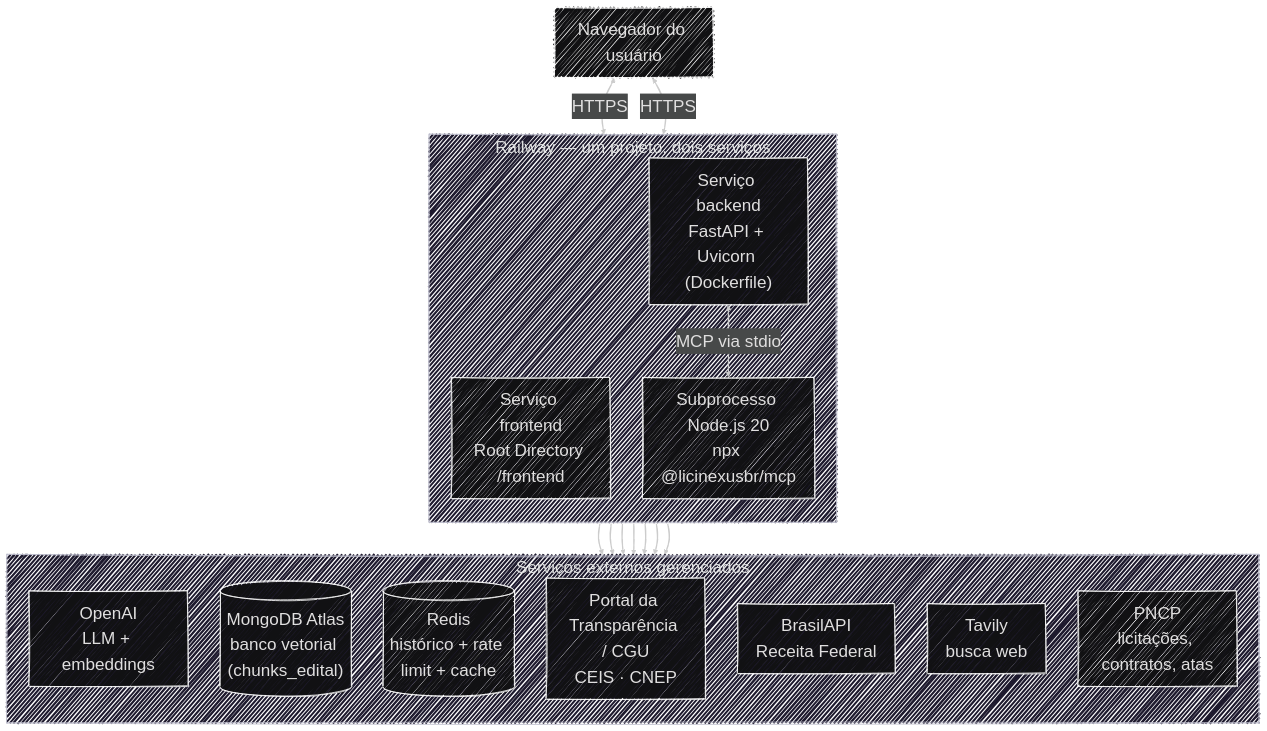
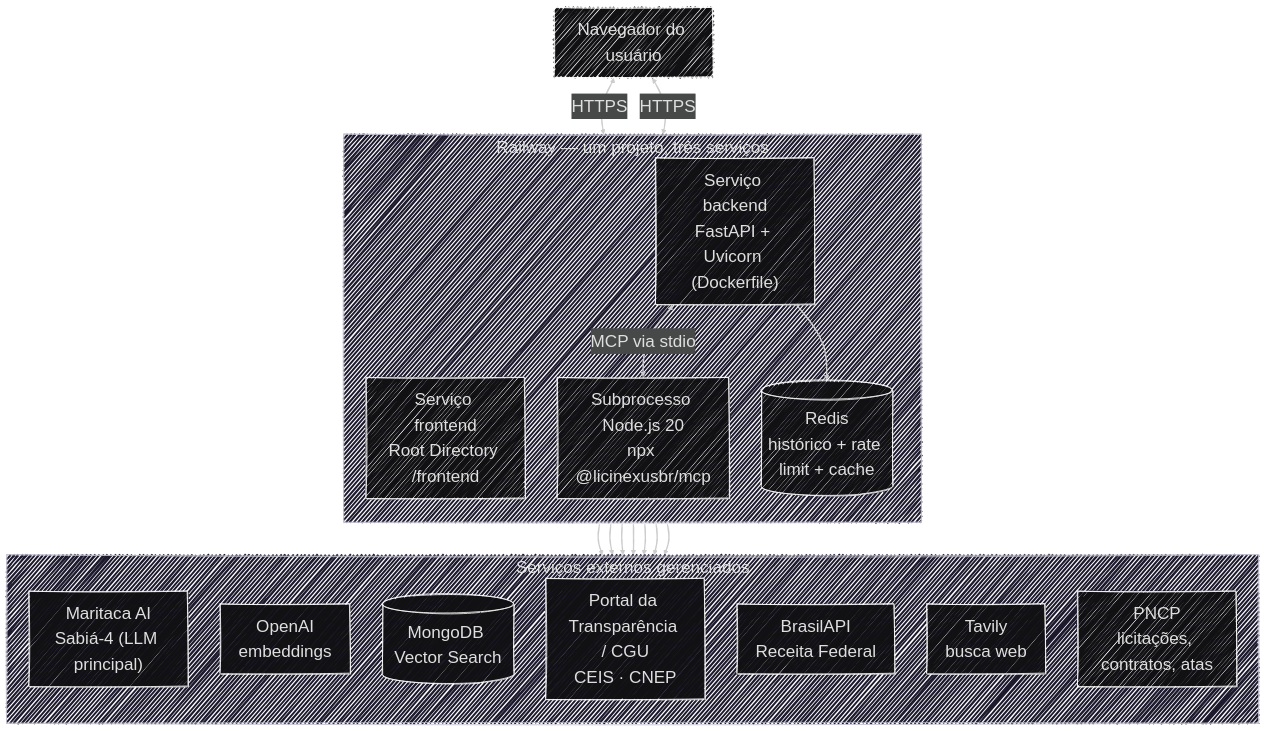
One commit to Moreira-89/auditor-cidadao changed the diagram in docs/operacional/index.md. Above: the diagram before and after it, drawn with Mermaid. The commit also changed other lines of this file and 1 other file, not shown here.

First line of the commit message:
docs(operacional): corrige LLM principal, posição do Redis e nome do Mongo

````diff
--- a/docs/operacional/index.md
+++ b/docs/operacional/index.md
@@ -12,34 +12,35 @@
 ```mermaid
 ---
 config:
   layout: dagre
   theme: redux-dark
   look: handDrawn
   fontFamily: '''Source Code Pro Variable'', monospace'
   themeVariables:
     fontFamily: '''Source Code Pro Variable'', monospace'
     fontSize: '28px'
 ---
 flowchart TB
- subgraph railway["Railway — um projeto, dois serviços"]
+ subgraph railway["Railway — um projeto, três serviços"]
     direction TB
         front["Serviço frontend<br>Root Directory /frontend"]
         fastapi["Serviço backend<br>FastAPI + Uvicorn (Dockerfile)"]
         mcp["Subprocesso Node.js 20<br>npx @licinexusbr/mcp"]
+        redis[("Redis<br>histórico + rate limit + cache")]
   end
  subgraph external["Serviços externos gerenciados"]
     direction TB
-        openai["OpenAI<br>LLM + embeddings"]
-        mongo[("MongoDB Atlas<br>banco vetorial (chunks_edital)")]
-        redis[("Redis<br>histórico + rate limit + cache")]
+        maritaca["Maritaca AI<br>Sabiá-4 (LLM principal)"]
+        openai["OpenAI<br>embeddings"]
+        mongo[("MongoDB Vector Search")]
         cgu["Portal da Transparência / CGU<br>CEIS · CNEP"]
         receita["BrasilAPI<br>Receita Federal"]
         tavily["Tavily<br>busca web"]
         pncp["PNCP<br>licitações, contratos, atas"]
   end
     fastapi <-- MCP via stdio --> mcp
     browser["Navegador do usuário"] <-- HTTPS --> front
     browser <-- HTTPS --> fastapi
-    fastapi --> openai & mongo & redis & cgu & receita & tavily
+    fastapi --> maritaca & openai & mongo & redis & cgu & receita & tavily
     mcp --> pncp
 ```
````
